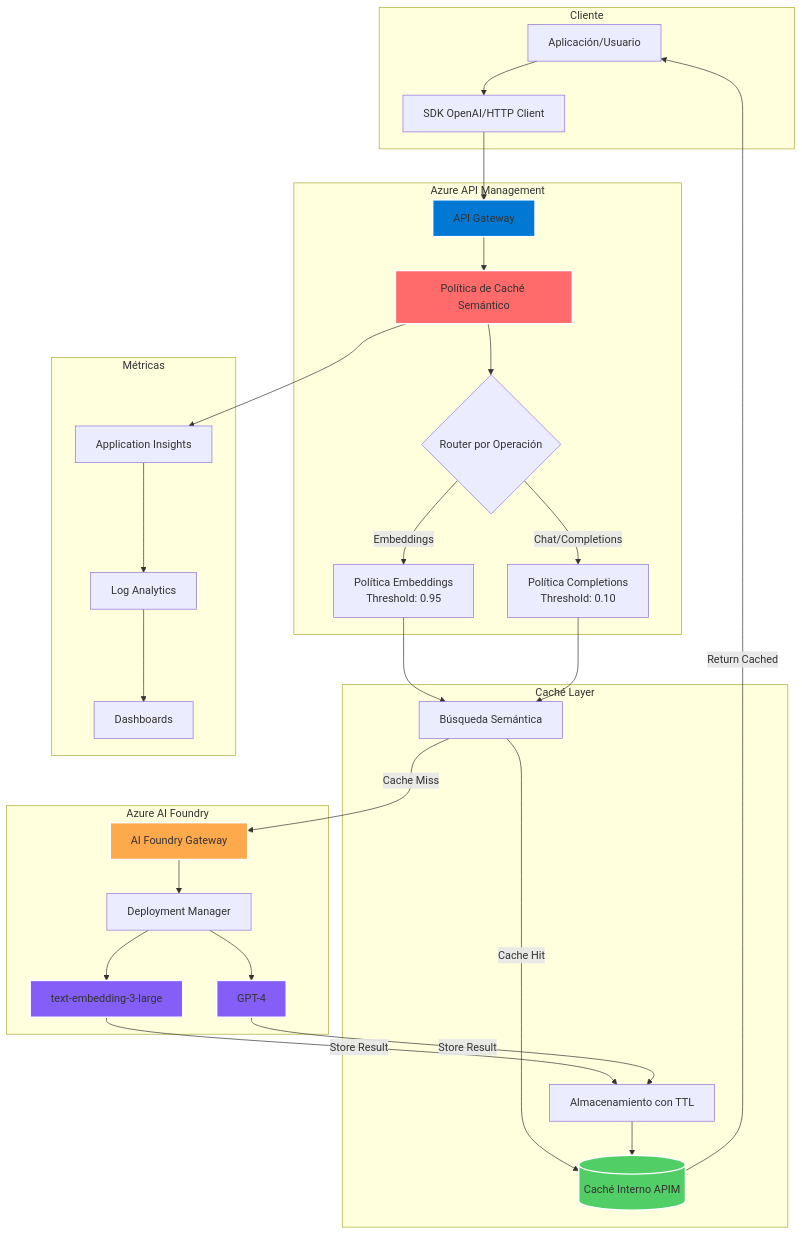
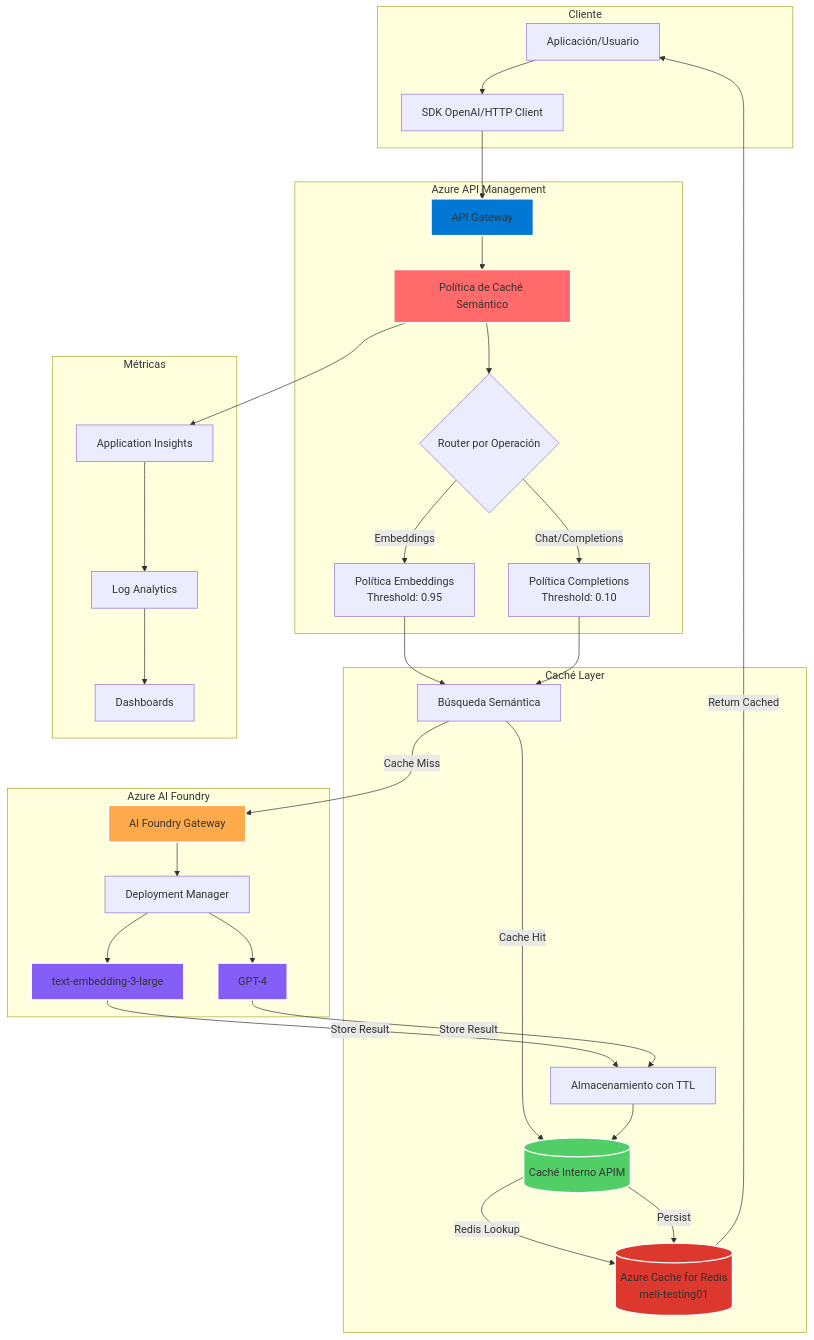
One commit to gbecerra1982/Semantic-Cache changed the diagram in README.md. Above: the diagram before and after it, drawn with Mermaid. The commit also changed other lines of this file, not shown here.

````diff
--- a/README.md
+++ b/README.md
@@ -17,68 +17,72 @@
 ```mermaid
 graph TB
     subgraph "Cliente"
         A[Aplicación/Usuario]
         B[SDK OpenAI/HTTP Client]
     end
     
     subgraph "Azure API Management"
         C[API Gateway]
         D[Política de Caché Semántico]
         E{Router por Operación}
         F[Política Embeddings<br/>Threshold: 0.95]
         G[Política Completions<br/>Threshold: 0.10]
     end
     
     subgraph "Caché Layer"
         H[(Caché Interno APIM)]
         I[Búsqueda Semántica]
         J[Almacenamiento con TTL]
+        R[(Azure Cache for Redis<br/>meli-testing01)]
     end
     
     subgraph "Azure AI Foundry"
         K[AI Foundry Gateway]
         L[Deployment Manager]
         M[text-embedding-3-large]
         N[GPT-4]
     end
     
     subgraph "Métricas"
         O[Application Insights]
         P[Log Analytics]
         Q[Dashboards]
     end
     
     A --> B
     B --> C
     C --> D
     D --> E
     E -->|Embeddings| F
     E -->|Chat/Completions| G
     
     F --> I
     G --> I
     
     I -->|Cache Hit| H
     I -->|Cache Miss| K
     
-    H -->|Return Cached| A
+    H -->|Redis Lookup| R
+    R -->|Return Cached| A
     
     K --> L
     L --> M
     L --> N
     
     M -->|Store Result| J
     N -->|Store Result| J
     J --> H
+    H -->|Persist| R
     
     D --> O
     O --> P
     P --> Q
     
     style C fill:#0078D4,stroke:#fff,stroke-width:2px
     style D fill:#FF6B6B,stroke:#fff,stroke-width:2px
     style H fill:#51CF66,stroke:#fff,stroke-width:2px
+    style R fill:#DC382D,stroke:#fff,stroke-width:2px
     style K fill:#FFA94D,stroke:#fff,stroke-width:2px
     style M fill:#845EF7,stroke:#fff,stroke-width:2px
     style N fill:#845EF7,stroke:#fff,stroke-width:2px
 ```
````
